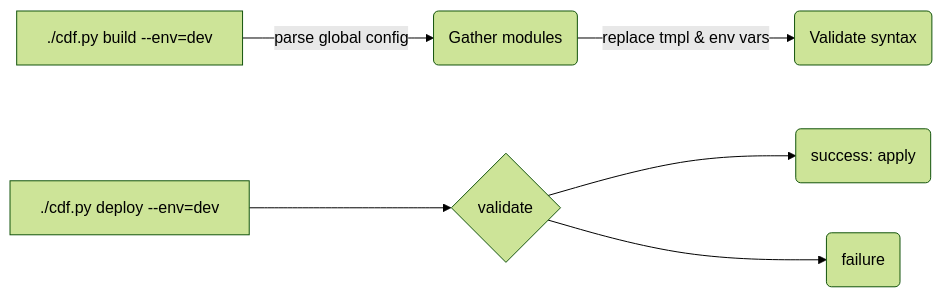
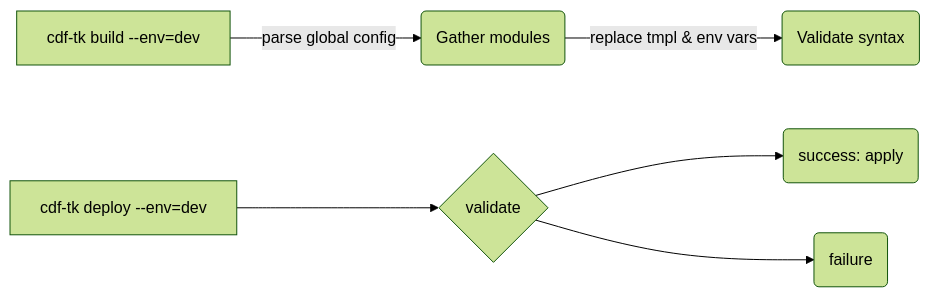
Before and after one commit to cognitedata/toolkit: the diagram in README.md, drawn with Mermaid (forest theme). The commit also changed other lines of this file and 3 other files, not shown here.

````diff
--- a/README.md
+++ b/README.md
@@ -93,8 +93,8 @@
 ```mermaid
 flowchart LR
-    A[./cdf.py build --env=dev] -->|parse global config| B(Gather modules)
+    A[cdf-tk build --env=dev] -->|parse global config| B(Gather modules)
     B -->|replace tmpl & env vars| C(Validate syntax)
-    D[./cdf.py deploy --env=dev] -->E{validate}
+    D[cdf-tk deploy --env=dev] -->E{validate}
     E --> G(success: apply)
     E --> H(failure)
 ```
````
